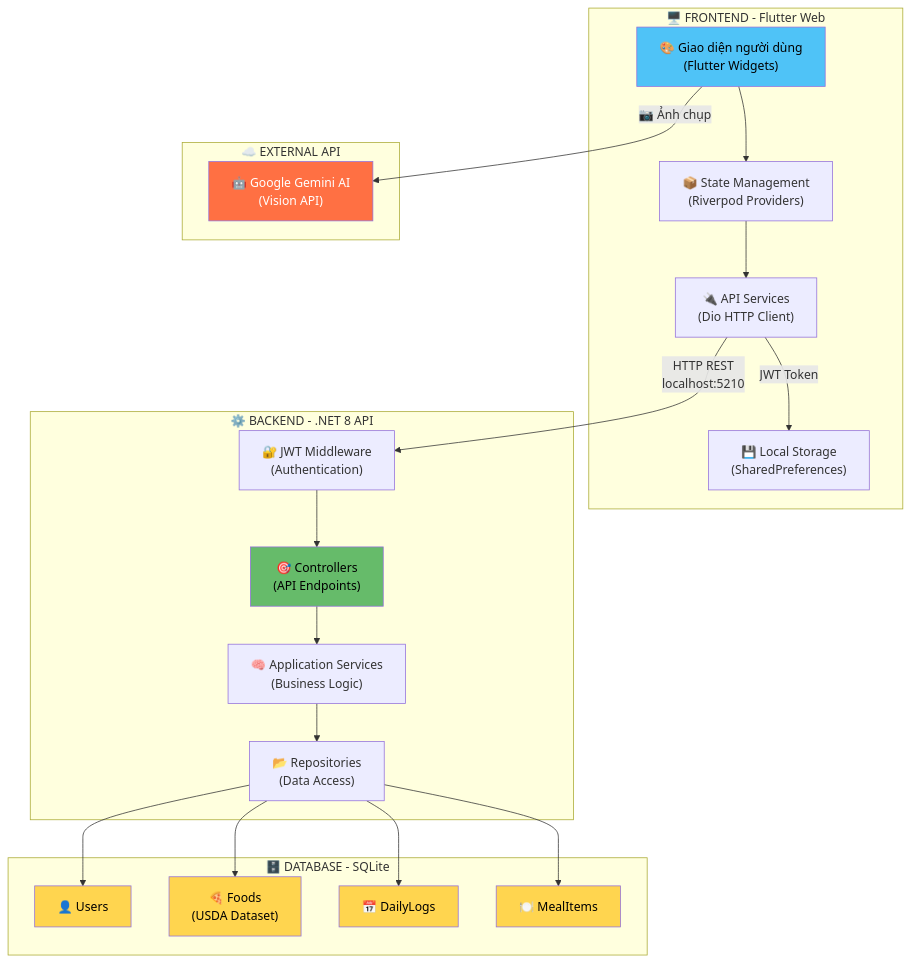
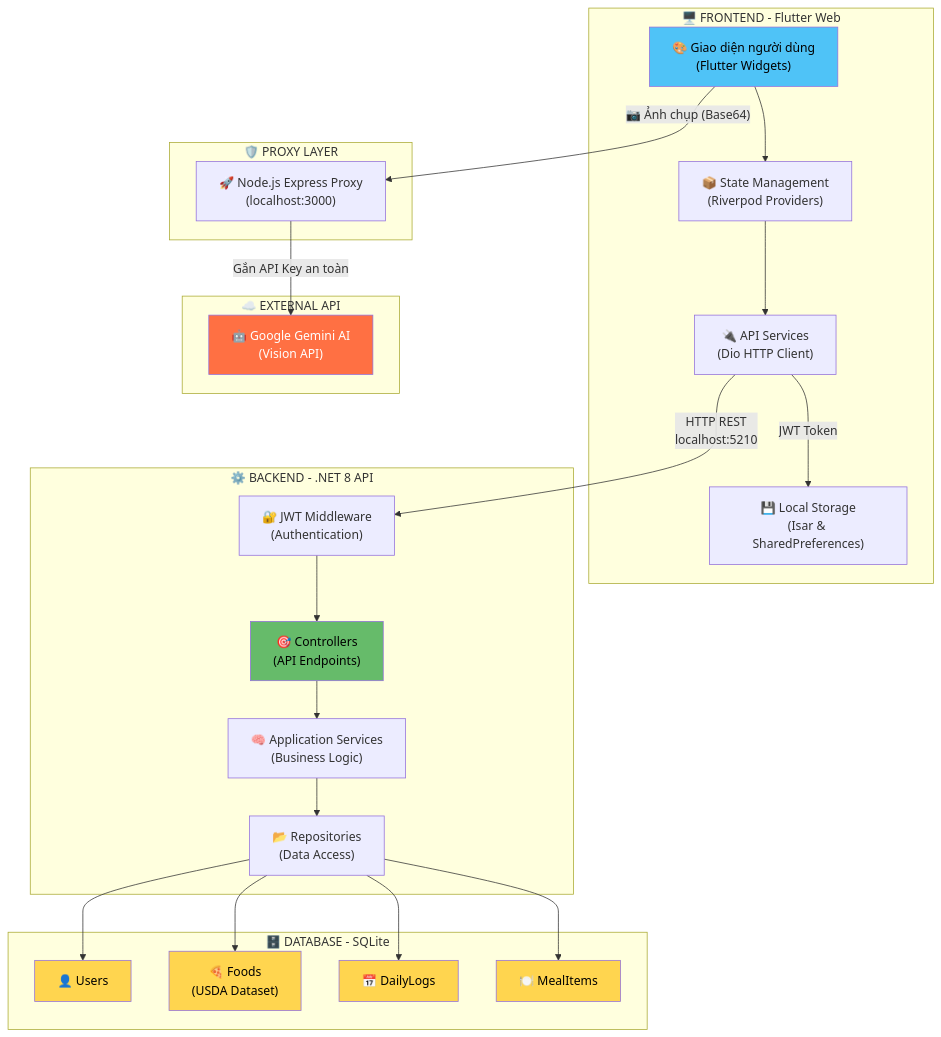
One commit to trangkhanh-ai/Calories-Tracking-App changed the first of 9 diagrams in docs/SYSTEM_ARCHITECTURE.md. Above: the diagram before and after it, drawn with Mermaid. The commit also changed other lines of this file, not shown here.

Commit message:
docs: update system architecture to reflect Express proxy and Isar migration

````diff
--- a/docs/SYSTEM_ARCHITECTURE.md
+++ b/docs/SYSTEM_ARCHITECTURE.md
@@ -7,49 +7,54 @@
 ```mermaid
 graph TB
     subgraph "🖥️ FRONTEND - Flutter Web"
         UI["🎨 Giao diện người dùng<br/>(Flutter Widgets)"]
         PROV["📦 State Management<br/>(Riverpod Providers)"]
         SVC["🔌 API Services<br/>(Dio HTTP Client)"]
-        LOCAL["💾 Local Storage<br/>(SharedPreferences)"]
+        LOCAL["💾 Local Storage<br/>(Isar & SharedPreferences)"]
+    end
+
+    subgraph "🛡️ PROXY LAYER"
+        EXPRESS["🚀 Node.js Express Proxy<br/>(localhost:3000)"]
     end
 
     subgraph "☁️ EXTERNAL API"
         GEMINI["🤖 Google Gemini AI<br/>(Vision API)"]
     end
 
     subgraph "⚙️ BACKEND - .NET 8 API"
         CTRL["🎯 Controllers<br/>(API Endpoints)"]
         BIZ["🧠 Application Services<br/>(Business Logic)"]
         REPO["📂 Repositories<br/>(Data Access)"]
         AUTH_MW["🔐 JWT Middleware<br/>(Authentication)"]
     end
 
     subgraph "🗄️ DATABASE - SQLite"
         DB_USER["👤 Users"]
         DB_FOOD["🍕 Foods<br/>(USDA Dataset)"]
         DB_LOG["📅 DailyLogs"]
         DB_MEAL["🍽️ MealItems"]
     end
 
     UI --> PROV
     PROV --> SVC
     SVC -->|"HTTP REST<br/>localhost:5210"| AUTH_MW
     SVC -->|"JWT Token"| LOCAL
-    UI -->|"📷 Ảnh chụp"| GEMINI
+    UI -->|"📷 Ảnh chụp (Base64)"| EXPRESS
+    EXPRESS -->|"Gắn API Key an toàn"| GEMINI
 
     AUTH_MW --> CTRL
     CTRL --> BIZ
     BIZ --> REPO
     REPO --> DB_USER
     REPO --> DB_FOOD
     REPO --> DB_LOG
     REPO --> DB_MEAL
 
     style UI fill:#4FC3F7,color:#000
     style GEMINI fill:#FF7043,color:#fff
     style CTRL fill:#66BB6A,color:#000
     style DB_USER fill:#FFD54F,color:#000
     style DB_FOOD fill:#FFD54F,color:#000
     style DB_LOG fill:#FFD54F,color:#000
     style DB_MEAL fill:#FFD54F,color:#000
 ```
````
